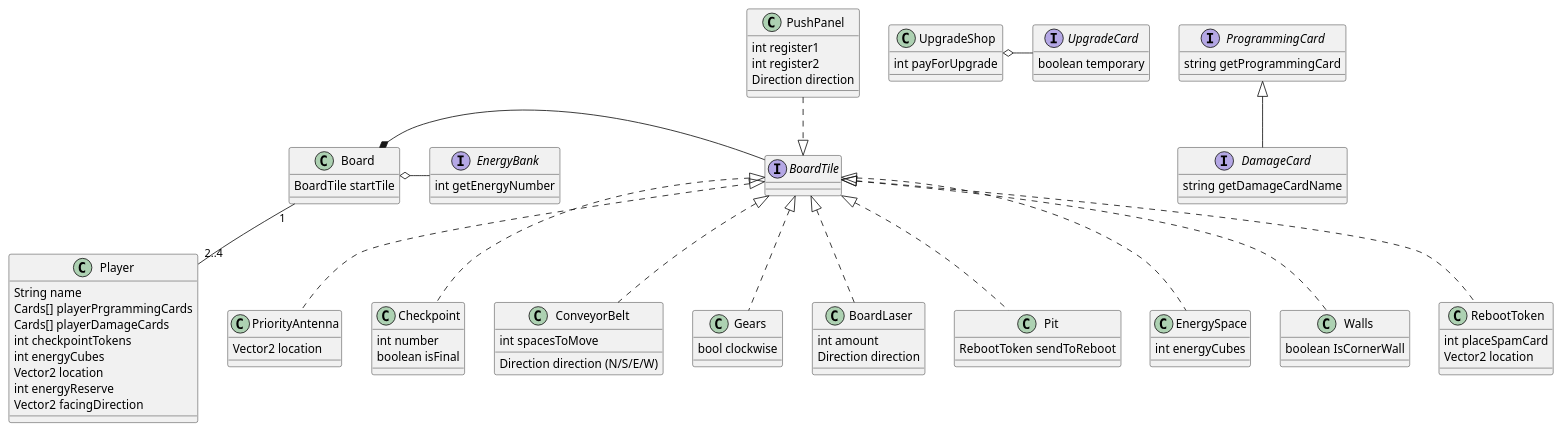
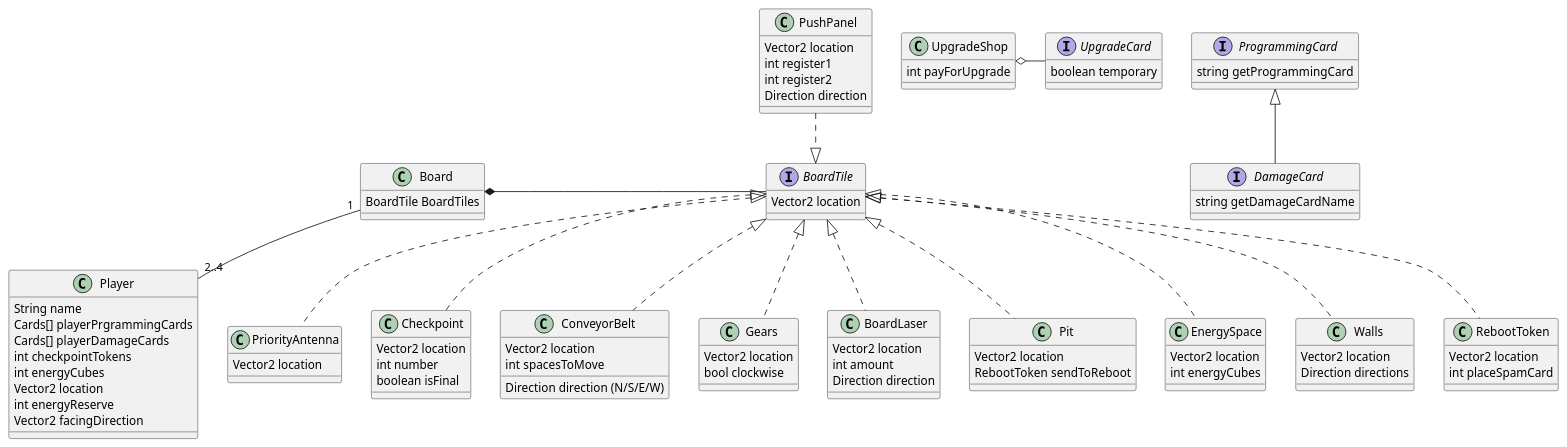
Before and after one commit to nikguin04/RoboRally: the diagram in etc/domain.pu, drawn with PlantUML. The commit also changed 3 other files, not shown here.

Commit message:
UML updated

```diff
--- a/etc/domain.pu
+++ b/etc/domain.pu
@@ -1,80 +1,87 @@
 @startuml
 
 class Player {
     String name
     Cards[] playerPrgrammingCards
     Cards[] playerDamageCards
     int checkpointTokens
     int energyCubes
     Vector2 location
     int energyReserve
-    Vector2 facingDirection 
+    Vector2 facingDirection
 }
 
 class Board {
-    BoardTile startTile
+    BoardTile BoardTiles
 }
 Board *- BoardTile
 Board "1" -- "2..4" Player
 
-interface BoardTile { }
-
-interface EnergyBank {
-    int getEnergyNumber
+interface BoardTile {
+    Vector2 location
 }
-Board o- EnergyBank
 
 class RebootToken implements BoardTile {
+    Vector2 location
     int placeSpamCard
-    Vector2 location
 }
 class PriorityAntenna implements BoardTile {
     Vector2 location
  }
 class Checkpoint implements BoardTile {
+    Vector2 location
     int number
     boolean isFinal
 }
 class ConveyorBelt implements BoardTile {
+    Vector2 location
     int spacesToMove
     Direction direction (N/S/E/W)
 }
 class PushPanel {
+    Vector2 location
     int register1
     int register2
     Direction direction
 }
 BoardTile <|.up. PushPanel
 class Gears implements BoardTile {
+    Vector2 location
     bool clockwise
 }
 class BoardLaser implements BoardTile {
+    Vector2 location
     int amount
     Direction direction
 }
 class Pit implements BoardTile {
+    Vector2 location
     RebootToken sendToReboot
 }
 class EnergySpace implements BoardTile {
+    Vector2 location
     int energyCubes
 }
 class Walls implements BoardTile {
-    boolean IsCornerWall
+    Vector2 location
+    Direction directions
 }
 
-class UpgradeShop { 
+class UpgradeShop {
     int payForUpgrade
 }
 UpgradeShop o- UpgradeCard
 
-interface ProgrammingCard { 
+interface ProgrammingCard {
     string getProgrammingCard
 }
-interface DamageCard implements ProgrammingCard { 
+
+interface DamageCard implements ProgrammingCard {
     string getDamageCardName
 }
-interface UpgradeCard { 
+
+interface UpgradeCard {
     boolean temporary
 }
 
 @enduml
```
